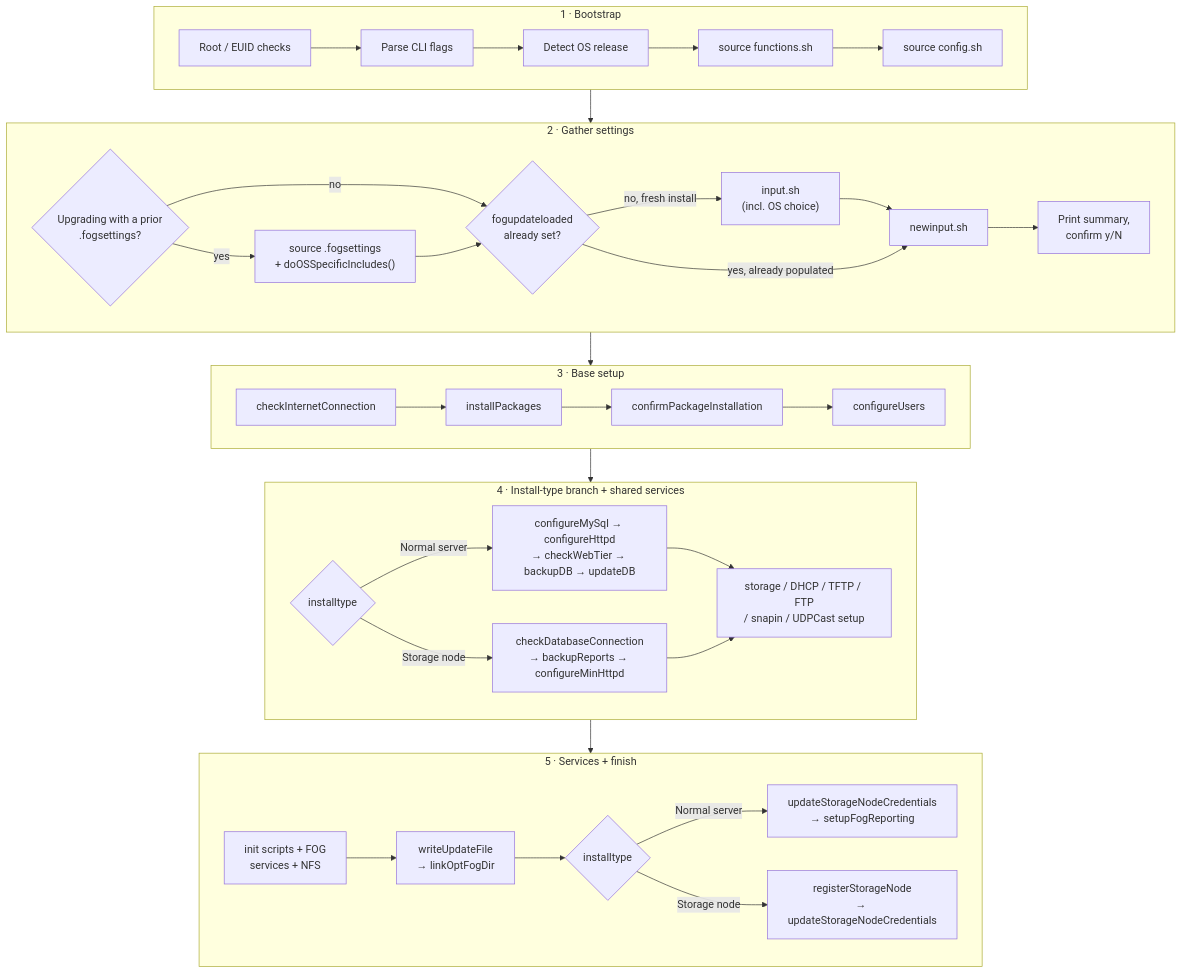
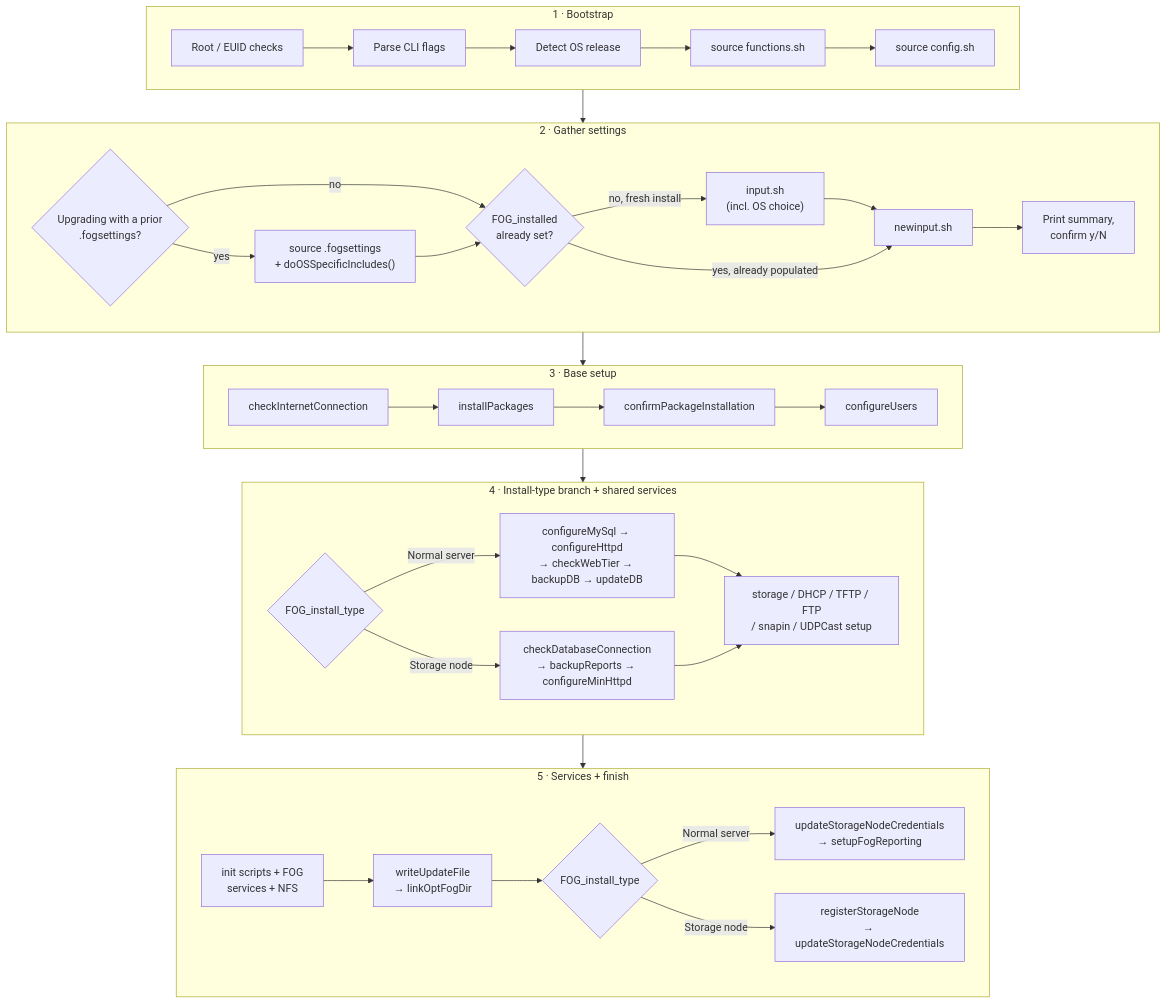
One commit to FOGProject/fog-docs changed the first of 2 diagrams in docs/development/install-script-architecture.md. Above: the diagram before and after it, drawn with Mermaid. The commit also changed other lines of this file and 8 other files, not shown here.

````diff
--- a/docs/development/install-script-architecture.md
+++ b/docs/development/install-script-architecture.md
@@ -48,35 +48,35 @@
 ```mermaid
 flowchart TD
     subgraph S1["1 · Bootstrap"]
         direction LR
         A[Root / EUID checks] --> B[Parse CLI flags] --> C[Detect OS release] --> D["source functions.sh"] --> E["source config.sh"]
     end
     subgraph S2["2 · Gather settings"]
         direction LR
         F{"Upgrading with a prior<br/>.fogsettings?"} -->|yes| G["source .fogsettings<br/>+ doOSSpecificIncludes()"]
         F -->|no| H
-        G --> H{"fogupdateloaded<br/>already set?"}
+        G --> H{"FOG_installed<br/>already set?"}
         H -->|no, fresh install| I["input.sh<br/>(incl. OS choice)"]
         I --> J["newinput.sh"]
         H -->|yes, already populated| J
         J --> K["Print summary,<br/>confirm y/N"]
     end
     subgraph S3["3 · Base setup"]
         direction LR
         L[checkInternetConnection] --> M[installPackages] --> N[confirmPackageInstallation] --> O[configureUsers]
     end
     subgraph S4["4 · Install-type branch + shared services"]
         direction LR
-        P{installtype} -->|Normal server| Q["configureMySql → configureHttpd<br/>→ checkWebTier → backupDB → updateDB"]
+        P{FOG_install_type} -->|Normal server| Q["configureMySql → configureHttpd<br/>→ checkWebTier → backupDB → updateDB"]
         P -->|Storage node| R["checkDatabaseConnection<br/>→ backupReports → configureMinHttpd"]
         Q --> Sn["storage / DHCP / TFTP / FTP<br/>/ snapin / UDPCast setup"]
         R --> Sn
     end
     subgraph S5["5 · Services + finish"]
         direction LR
-        T["init scripts + FOG<br/>services + NFS"] --> U["writeUpdateFile<br/>→ linkOptFogDir"] --> V{installtype}
+        T["init scripts + FOG<br/>services + NFS"] --> U["writeUpdateFile<br/>→ linkOptFogDir"] --> V{FOG_install_type}
         V -->|Normal server| W["updateStorageNodeCredentials<br/>→ setupFogReporting"]
         V -->|Storage node| X["registerStorageNode<br/>→ updateStorageNodeCredentials"]
     end
     S1 --> S2 --> S3 --> S4 --> S5
 ```
````
